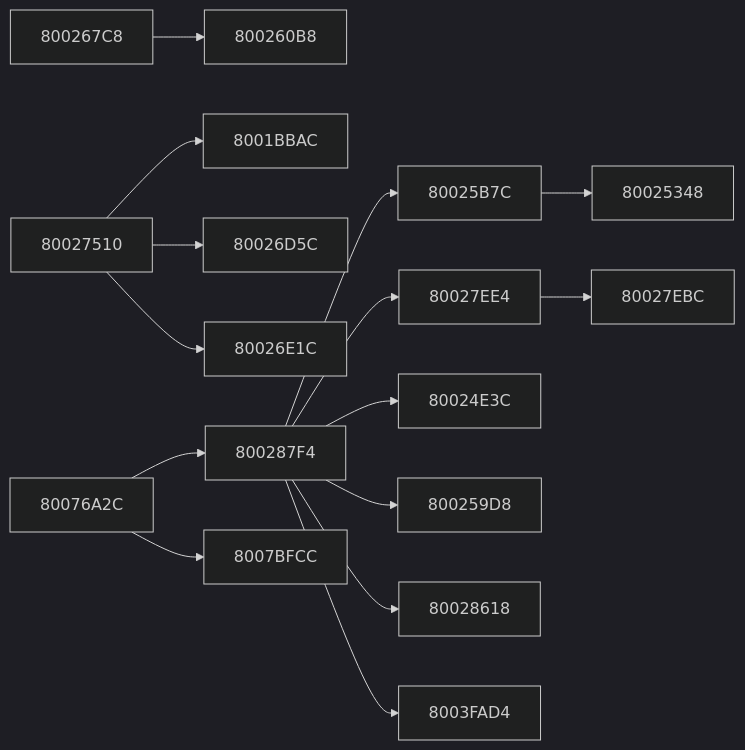
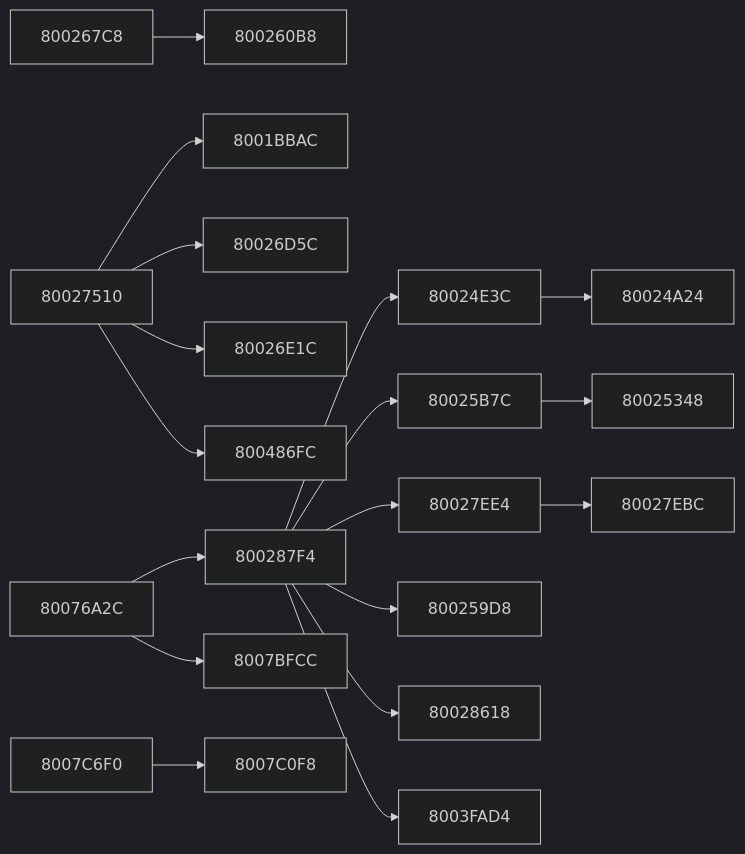
One commit to kai-luni/Future-Cop-L.A.P.D-PS1 changed the second of 11 diagrams in docs/FUNCTION_MAP.md. Above: the diagram before and after it, drawn with Mermaid (dark theme). The commit also changed other lines of this file, not shown here.

````diff
--- a/docs/FUNCTION_MAP.md
+++ b/docs/FUNCTION_MAP.md
@@ -69,34 +72,41 @@
 ```mermaid
 graph LR
+    f80024e3c --> f80024a24
     f80025b7c --> f80025348
     f800267c8 --> f800260b8
     f80027510 --> f8001bbac
     f80027510 --> f80026d5c
     f80027510 --> f80026e1c
+    f80027510 --> f800486fc
     f80027ee4 --> f80027ebc
     f800287f4 --> f80024e3c
     f800287f4 --> f800259d8
     f800287f4 --> f80025b7c
     f800287f4 --> f80027ee4
     f800287f4 --> f80028618
     f800287f4 --> f8003fad4
     f80076a2c --> f800287f4
     f80076a2c --> f8007bfcc
+    f8007c6f0 --> f8007c0f8
     f8001bbac["8001BBAC"]
+    f80024a24["80024A24"]
     f80024e3c["80024E3C"]
     f80025348["80025348"]
     f800259d8["800259D8"]
     f80025b7c["80025B7C"]
     f800260b8["800260B8"]
     f800267c8["800267C8"]
     f80026d5c["80026D5C"]
     f80026e1c["80026E1C"]
     f80027510["80027510"]
     f80027ebc["80027EBC"]
     f80027ee4["80027EE4"]
     f80028618["80028618"]
     f800287f4["800287F4"]
     f8003fad4["8003FAD4"]
+    f800486fc["800486FC"]
     f80076a2c["80076A2C"]
     f8007bfcc["8007BFCC"]
+    f8007c0f8["8007C0F8"]
+    f8007c6f0["8007C6F0"]
 ```
````
